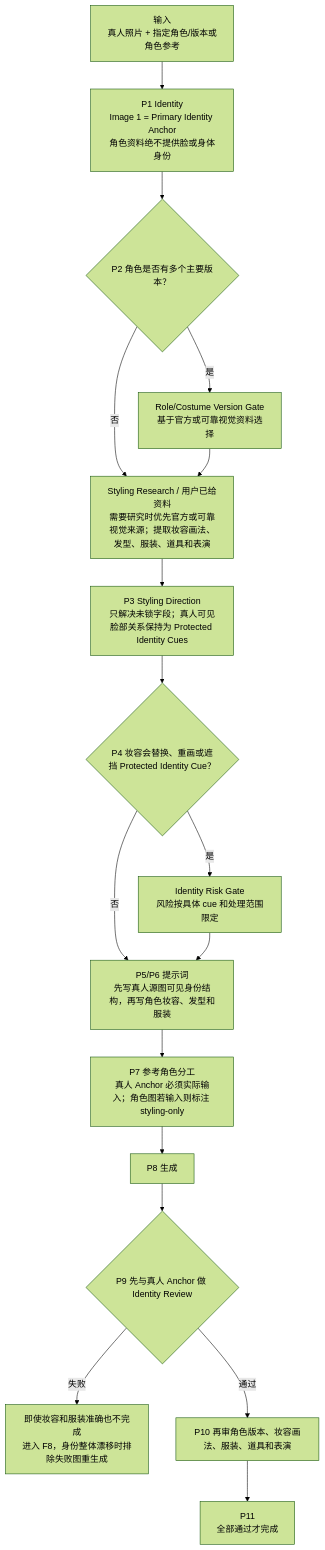
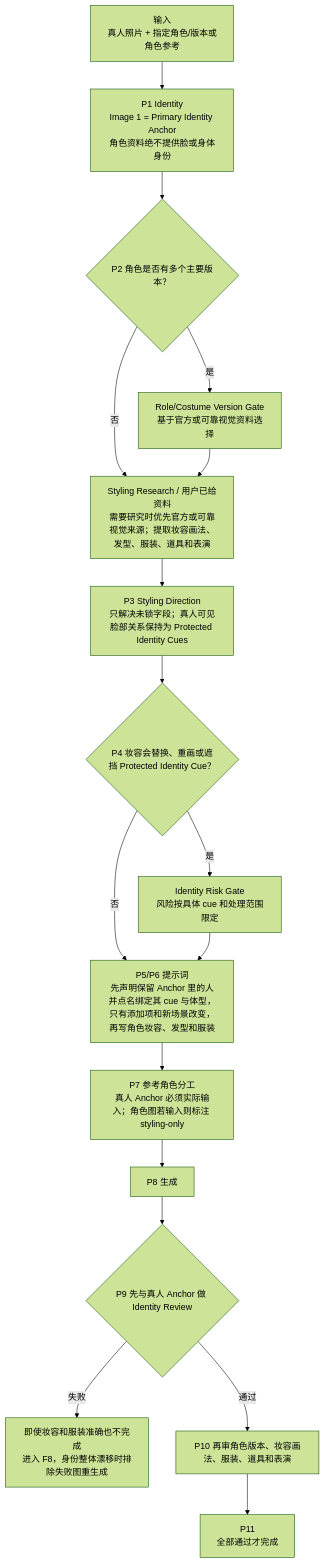
Before and after one commit to cyaoc/cast-me: the seventh of 13 diagrams in docs/architecture.md, drawn with Mermaid (forest theme). The commit also changed other lines of this file and 5 other files, not shown here.

First line of the commit message:
feat: 提示词点名 cue 并绑定 Anchor 图，不再用形状形容词转述

````diff
--- a/docs/architecture.md
+++ b/docs/architecture.md
@@ -333,19 +333,19 @@
 ```mermaid
 flowchart TD
     U["输入<br/>真人照片 + 指定角色/版本或角色参考"] --> I["P1 Identity<br/>Image 1 = Primary Identity Anchor<br/>角色资料绝不提供脸或身体身份"]
     I --> V{"P2 角色是否有多个主要版本？"}
     V -- 是 --> VG["Role/Costume Version Gate<br/>基于官方或可靠视觉资料选择"]
     V -- 否 --> RESEARCH["Styling Research / 用户已给资料<br/>需要研究时优先官方或可靠视觉来源；提取妆容画法、发型、服装、道具和表演"]
     VG --> RESEARCH
     RESEARCH --> STATE["P3 Styling Direction<br/>只解决未锁字段；真人可见脸部关系保持为 Protected Identity Cues"]
     STATE --> RISK{"P4 妆容会替换、重画或遮挡 Protected Identity Cue？"}
     RISK -- 是 --> RG["Identity Risk Gate<br/>风险按具体 cue 和处理范围限定"]
     RISK -- 否 --> PROMPT
-    RG --> PROMPT["P5/P6 提示词<br/>先写真人源图可见身份结构，再写角色妆容、发型和服装"]
+    RG --> PROMPT["P5/P6 提示词<br/>先声明保留 Anchor 里的人并点名绑定其 cue 与体型，只有添加项和新场景改变，再写角色妆容、发型和服装"]
     PROMPT --> INPUTS["P7 参考角色分工<br/>真人 Anchor 必须实际输入；角色图若输入则标注 styling-only"]
     INPUTS --> GEN["P8 生成"]
     GEN --> IR{"P9 先与真人 Anchor 做 Identity Review"}
     IR -- 失败 --> FAIL["即使妆容和服装准确也不完成<br/>进入 F8，身份整体漂移时排除失败图重生成"]
     IR -- 通过 --> SR["P10 再审角色版本、妆容画法、服装、道具和表演"]
     SR --> O["P11<br/>全部通过才完成"]
 ```
````
